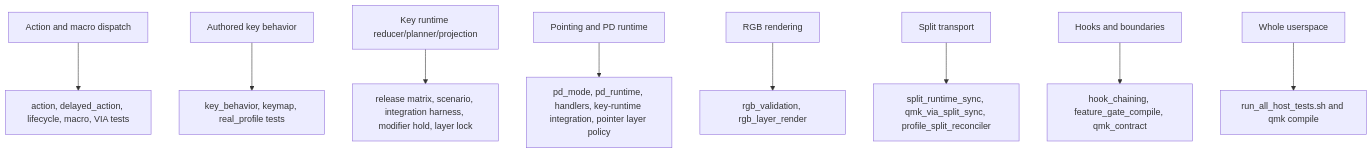
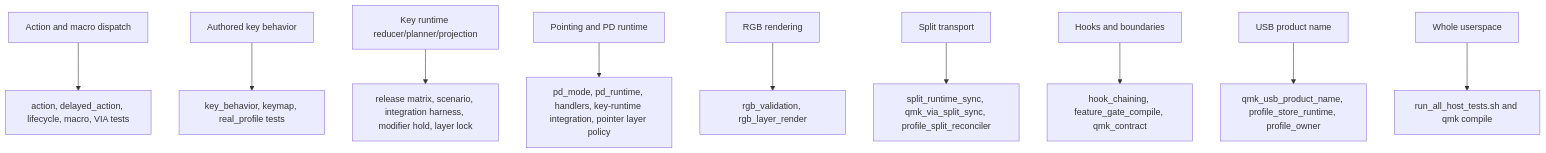
One commit to NoahCLR/charybdis-4x6 changed diagram 11 of 11 in docs/architecture/runtime-flow.md. Above: the diagram before and after it, drawn with Mermaid. The commit also changed other lines of this file and 52 other files, not shown here.

First line of the commit message:
Store the keyboard name and serve it as the USB product string

````diff
--- a/docs/architecture/runtime-flow.md
+++ b/docs/architecture/runtime-flow.md
@@ -551,11 +589,12 @@
 ```mermaid
 flowchart TD
     action["Action and macro dispatch"] --> action_tests["action, delayed_action, lifecycle, macro, VIA tests"]
     key_behavior["Authored key behavior"] --> behavior_tests["key_behavior, keymap, real_profile tests"]
     key_runtime["Key runtime reducer/planner/projection"] --> runtime_tests["release matrix, scenario, integration harness, modifier hold, layer lock"]
     pd["Pointing and PD runtime"] --> pd_tests["pd_mode, pd_runtime, handlers, key-runtime integration, pointer layer policy"]
     rgb["RGB rendering"] --> rgb_tests["rgb_validation, rgb_layer_render"]
     split["Split transport"] --> split_tests["split_runtime_sync, qmk_via_split_sync, profile_split_reconciler"]
     hooks["Hooks and boundaries"] --> boundary_tests["hook_chaining, feature_gate_compile, qmk_contract"]
+    usb_name["USB product name"] --> usb_name_tests["qmk_usb_product_name, profile_store_runtime, profile_owner"]
     all["Whole userspace"] --> full["run_all_host_tests.sh and qmk compile"]
 ```
````
